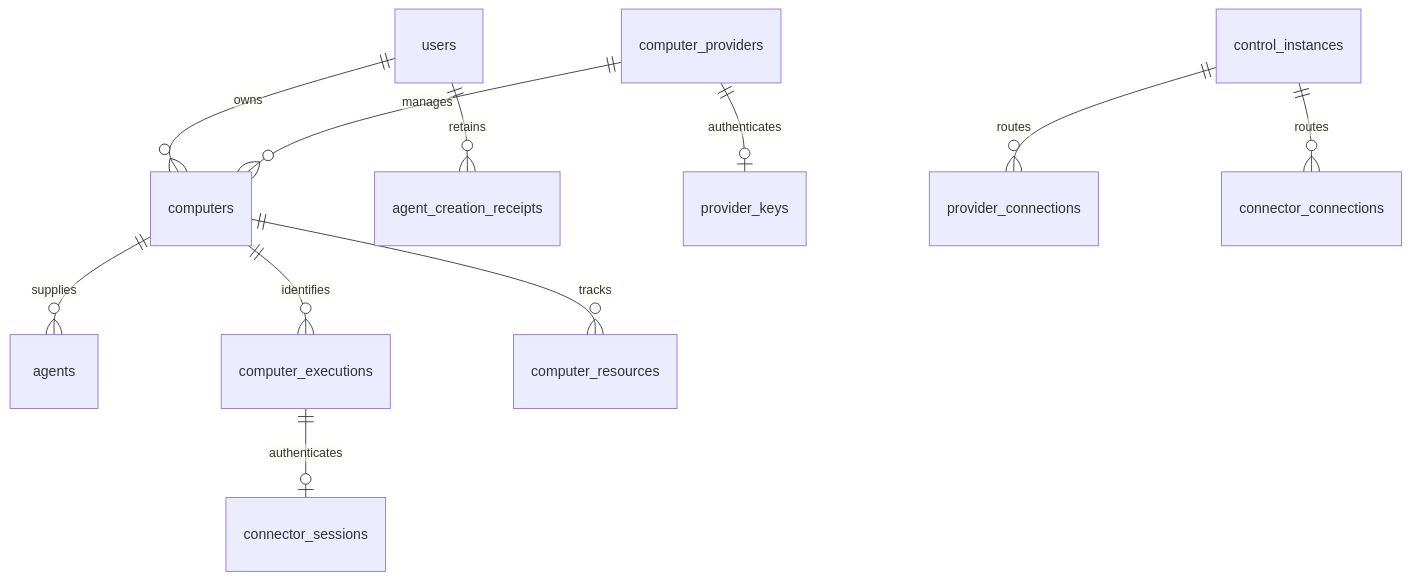
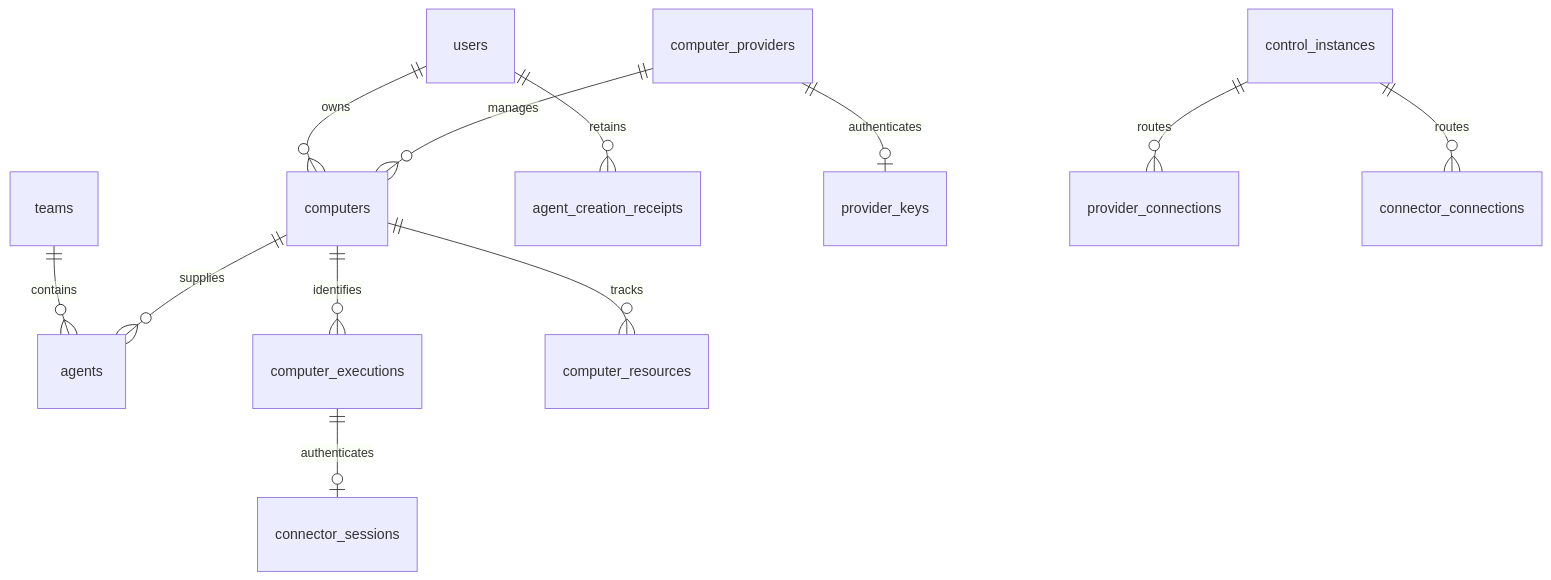
The diagram in docs/chapchoo/spec/domain/computer-storage.md (azents/chapchoo), drawn with Mermaid before and after one commit. The commit also changed other lines of this file and 136 other files, not shown here.

````diff
--- a/docs/chapchoo/spec/domain/computer-storage.md
+++ b/docs/chapchoo/spec/domain/computer-storage.md
@@ -46,13 +50,14 @@
 ```mermaid
 erDiagram
   users ||--o{ computers : owns
+  teams ||--o{ agents : contains
   computers ||--o{ agents : supplies
   users ||--o{ agent_creation_receipts : retains
   computer_providers ||--o{ computers : manages
   computers ||--o{ computer_executions : identifies
   computers ||--o{ computer_resources : tracks
   computer_executions ||--o| connector_sessions : authenticates
   computer_providers ||--o| provider_keys : authenticates
   control_instances ||--o{ provider_connections : routes
   control_instances ||--o{ connector_connections : routes
 ```
````
